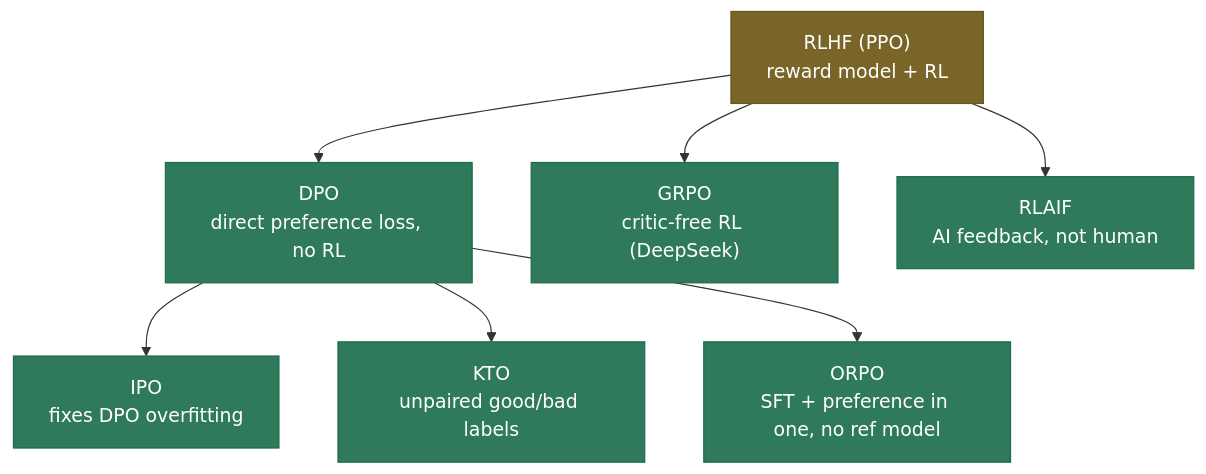
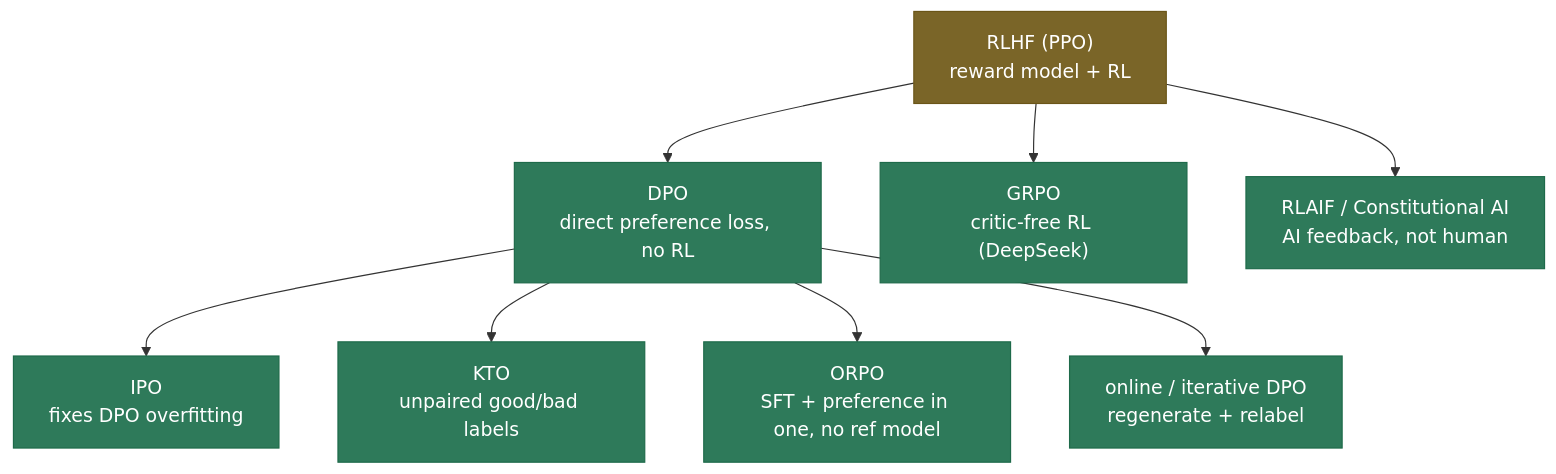
Before and after one commit to sudhir13s/AI-ML-learning-resources: the third of 3 diagrams in 09. LLMs/concepts/15-RLHF-and-DPO.md, drawn with Mermaid. The commit also changed other lines of this file and 5 other files, not shown here.

First line of the commit message:
feat(09-llms): elevate RLHF & DPO concept page to gold standard

````diff
--- a/09. LLMs/concepts/15-RLHF-and-DPO.md
+++ b/09. LLMs/concepts/15-RLHF-and-DPO.md
@@ -209,12 +334,13 @@
 ```mermaid
 graph TD
     RLHF["RLHF (PPO)<br/>reward model + RL"]:::amber --> DPO["DPO<br/>direct preference loss, no RL"]:::out
     DPO --> IPO["IPO<br/>fixes DPO overfitting"]:::out
     DPO --> KTO["KTO<br/>unpaired good/bad labels"]:::out
     DPO --> ORPO["ORPO<br/>SFT + preference in one, no ref model"]:::out
+    DPO --> IDPO["online / iterative DPO<br/>regenerate + relabel"]:::out
     RLHF --> GRPO["GRPO<br/>critic-free RL (DeepSeek)"]:::out
-    RLHF --> RLAIF["RLAIF<br/>AI feedback, not human"]:::out
+    RLHF --> RLAIF["RLAIF / Constitutional AI<br/>AI feedback, not human"]:::out
 
     classDef amber fill:#7A6528,stroke:#6A5518,color:#fff
     classDef out fill:#2E7A5A,stroke:#1E6A4A,color:#fff
 ```
````
